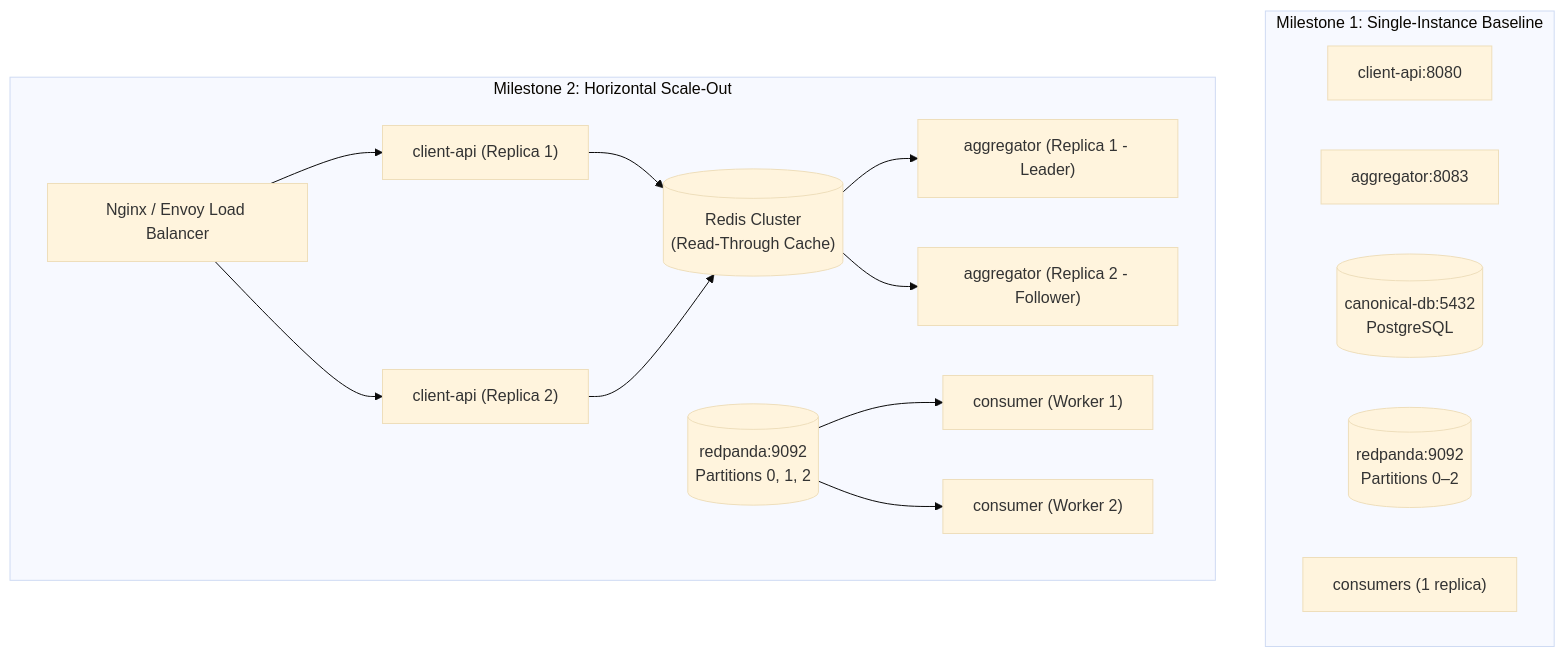
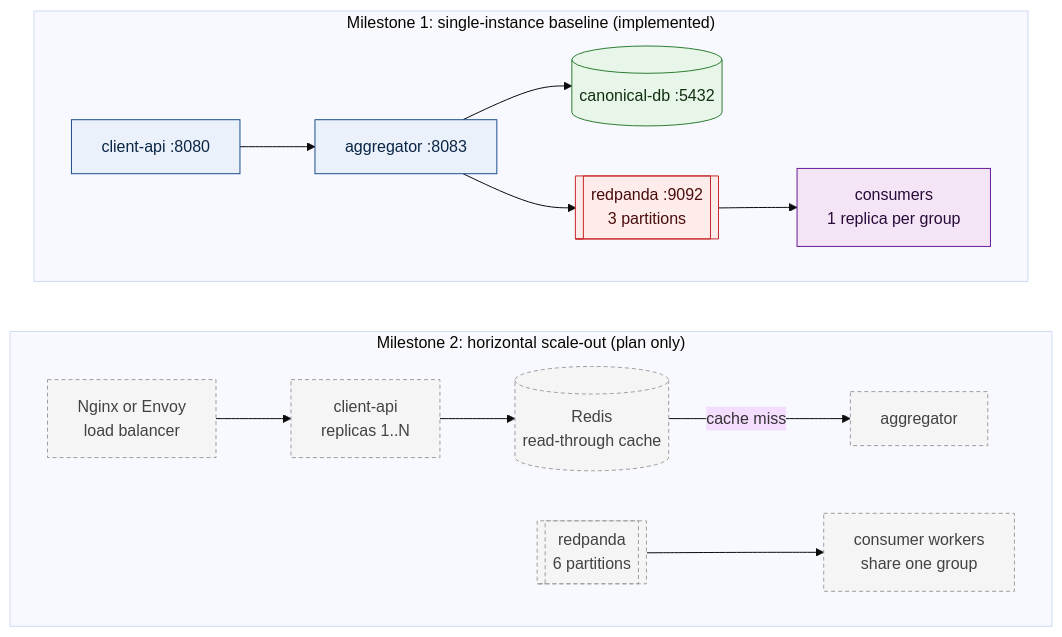
The first of 2 diagrams in docs/adr/005-stateless-architecture-and-m2-readiness.md (Darsua/AAT), drawn with Mermaid (base theme) before and after one commit. The commit also changed other lines of this file and 90 other files, not shown here.

````diff
--- a/docs/adr/005-stateless-architecture-and-m2-readiness.md
+++ b/docs/adr/005-stateless-architecture-and-m2-readiness.md
@@ -19,27 +19,38 @@
 ```mermaid
-flowchart TD
-    subgraph M1Baseline["Milestone 1: Single-Instance Baseline"]
-        C1["client-api:8080"]
-        A1["aggregator:8083"]
-        DB1[("canonical-db:5432\nPostgreSQL")]
-        RP1[("redpanda:9092\nPartitions 0–2")]
-        CG1["consumers (1 replica)"]
+flowchart TB
+    subgraph M1["Milestone 1: single-instance baseline (implemented)"]
+        direction LR
+        C1["client-api :8080"]:::svc
+        A1["aggregator :8083"]:::svc
+        DB1[("canonical-db :5432")]:::store
+        RP1[["redpanda :9092<br/>3 partitions"]]:::broker
+        CG1["consumers<br/>1 replica per group"]:::cons
+        C1 --> A1
+        A1 --> DB1
+        A1 --> RP1
+        RP1 --> CG1
     end
 
-    subgraph M2Evolution["Milestone 2: Horizontal Scale-Out"]
-        LB["Nginx / Envoy Load Balancer"]
-        C_N1["client-api (Replica 1)"]
-        C_N2["client-api (Replica 2)"]
-        Redis[("Redis Cluster\n(Read-Through Cache)")]
-        A_N1["aggregator (Replica 1 - Leader)"]
-        A_N2["aggregator (Replica 2 - Follower)"]
-        RP_N[("redpanda:9092\nPartitions 0, 1, 2")]
-        CG_N1["consumer (Worker 1)"]
-        CG_N2["consumer (Worker 2)"]
+    subgraph M2["Milestone 2: horizontal scale-out (plan only)"]
+        direction LR
+        LB["Nginx or Envoy<br/>load balancer"]:::plan
+        CN["client-api<br/>replicas 1..N"]:::plan
+        RED[("Redis<br/>read-through cache")]:::plan
+        AN["aggregator"]:::plan
+        RPN[["redpanda<br/>6 partitions"]]:::plan
+        CGN["consumer workers<br/>share one group"]:::plan
+        LB --> CN
+        CN --> RED
+        RED -->|"cache miss"| AN
+        RPN --> CGN
     end
+    M1 ~~~ M2
 
-    LB --> C_N1 & C_N2
-    C_N1 & C_N2 --> Redis
-    Redis --> A_N1 & A_N2
-    RP_N --> CG_N1 & CG_N2
+    classDef svc fill:#eaf1fb,stroke:#1f4e8c,color:#0b2545
+    classDef store fill:#e8f5e9,stroke:#2e7d32,color:#10300f
+    classDef broker fill:#fdecea,stroke:#c62828,color:#4a0d0d
+    classDef ext fill:#fff3e0,stroke:#ef6c00,color:#4a2600
+    classDef cons fill:#f3e5f5,stroke:#6a1b9a,color:#2a0a3a
+    classDef actor fill:#ffffff,stroke:#616161,color:#212121
+    classDef plan fill:#f5f5f5,stroke:#9e9e9e,stroke-dasharray:4 3,color:#424242
 ```
````
